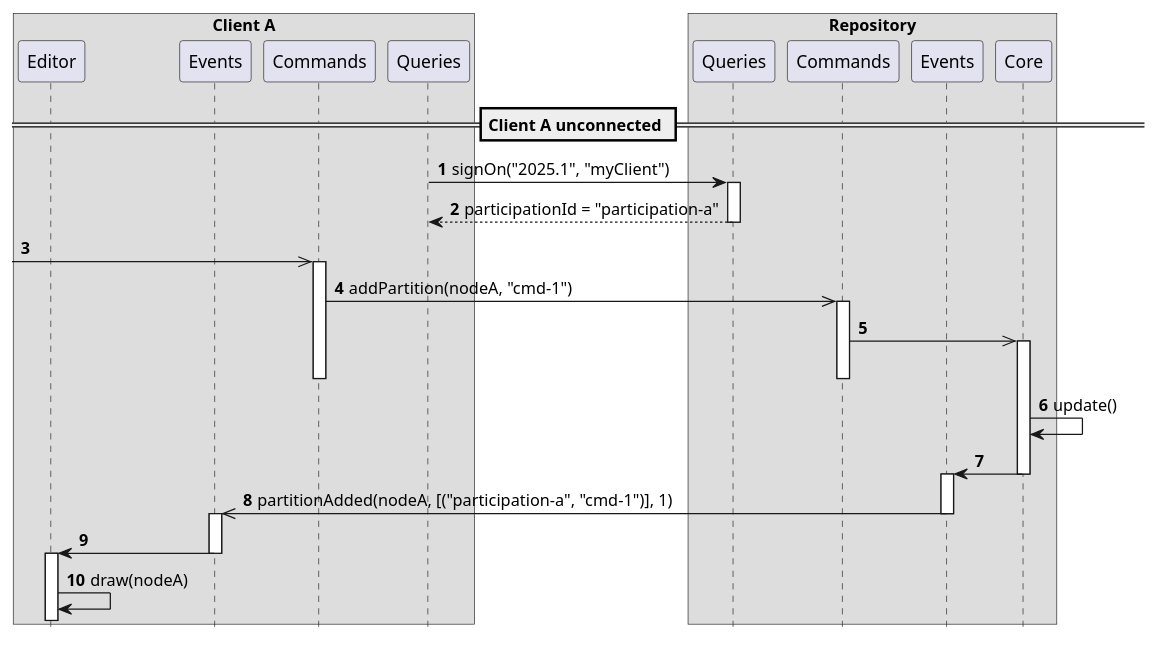
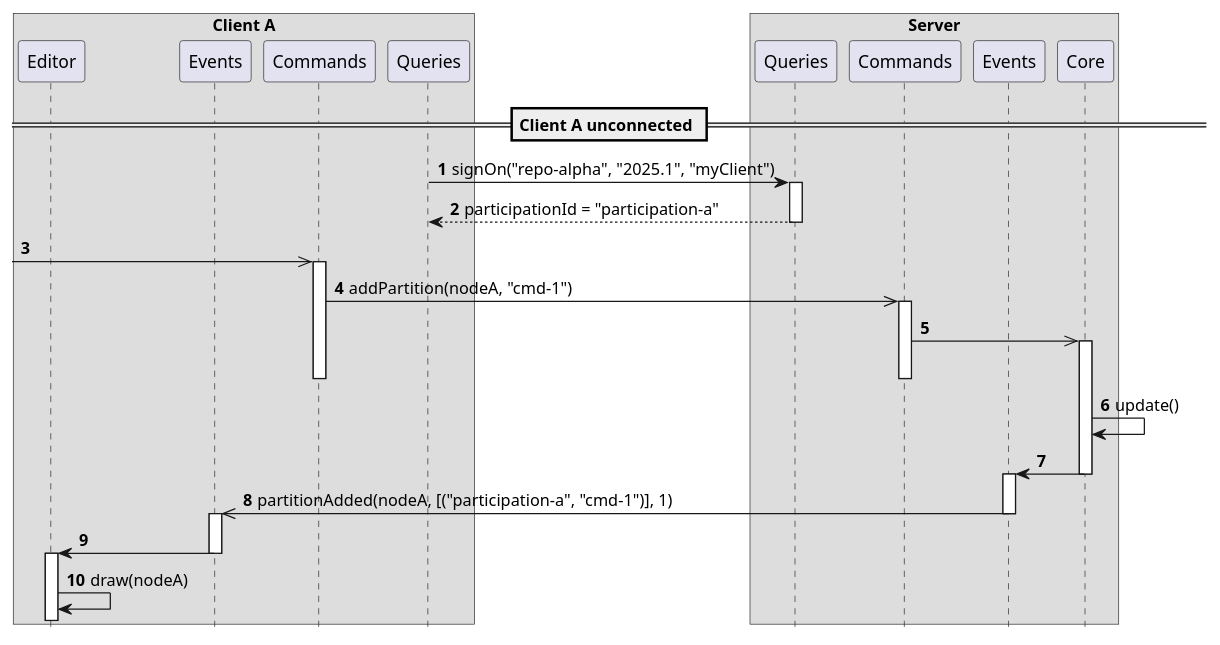
The diagram in delta/scenarios/virginRepo.adoc (LionWeb-io/specification), drawn with PlantUML before and after one commit. The commit also changed other lines of this file and 16 other files, not shown here.

Commit message:
repository -> server (where appropriate, but as much as possible) in delta protocol specification

```diff
--- a/delta/scenarios/virginRepo.adoc
+++ b/delta/scenarios/virginRepo.adoc
@@ -3,48 +3,48 @@
 [plantuml,virginRepo,svg]
 ----
 hide footbox
 autonumber
 
 box "Client A"
   participant Editor as editor
   participant Events as clientEvent
   participant Commands as clientCmd
   participant Queries as clientQuery
 end box
 
-box "Repository"
+box "Server"
   participant Queries as repoQuery
   participant Commands as repoCmd
 '  participant Queries  as rQry
   participant Events as repoEvent
   participant Core as core
 end box
 
 == Client A unconnected ==
 
-clientQuery -> repoQuery ++: signOn("2025.1", "myClient")
+clientQuery -> repoQuery ++: signOn("repo-alpha", "2025.1", "myClient")
 return participationId = "participation-a"
 
 [->> clientCmd ++
 clientCmd ->> repoCmd ++: addPartition(nodeA, "cmd-1")
 repoCmd ->> core
 activate core
 deactivate clientCmd
 deactivate repoCmd
 
 core -> core: update()
 
 core -> repoEvent
 deactivate core
 
 activate repoEvent
 clientEvent <<- repoEvent: partitionAdded(nodeA, [("participation-a", "cmd-1")], 1)
 deactivate repoEvent
 
 activate clientEvent
 clientEvent -> editor
 deactivate clientEvent
 
 activate editor
 editor -> editor: draw(nodeA)
 ----
```
